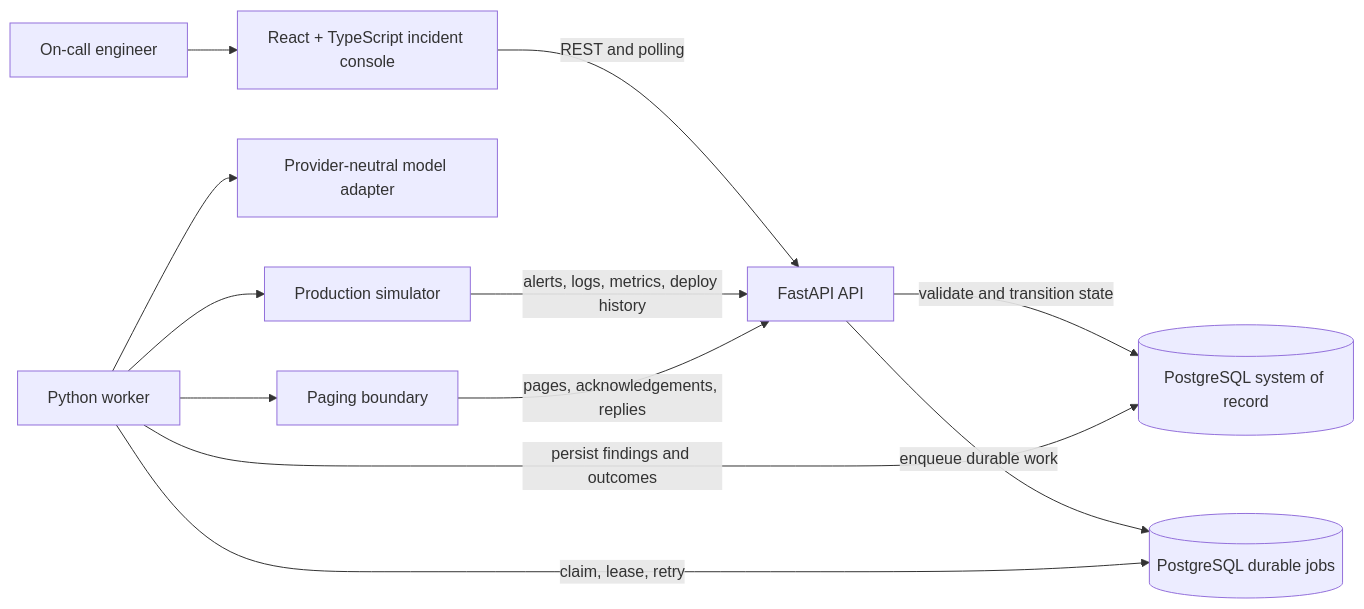
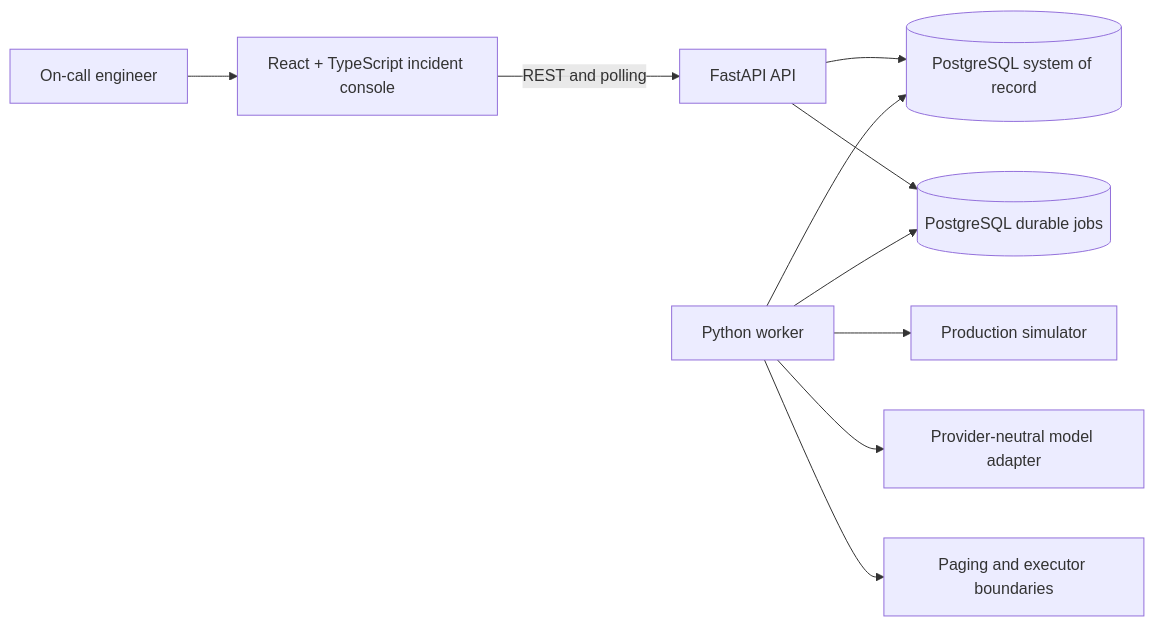
The diagram in _plan_docs/_hld_docs/00-system-architecture.md (safayavatsal/hero-vired-assignment), drawn with Mermaid before and after one commit. The commit also changed other lines of this file and 45 other files, not shown here.

````diff
--- a/_plan_docs/_hld_docs/00-system-architecture.md
+++ b/_plan_docs/_hld_docs/00-system-architecture.md
@@ -7,24 +7,12 @@
 ```mermaid
 flowchart LR
-    Responder[On-call engineer]
-    UI[React + TypeScript incident console]
-    API[FastAPI API]
-    Jobs[(PostgreSQL durable jobs)]
-    Worker[Python worker]
-    Store[(PostgreSQL system of record)]
-    Model[Provider-neutral model adapter]
-    Simulator[Production simulator]
-    Pager[Paging boundary]
-
-    Responder --> UI
-    UI -->|REST and polling| API
-    API -->|validate and transition state| Store
-    API -->|enqueue durable work| Jobs
-    Worker -->|claim, lease, retry| Jobs
-    Worker -->|persist findings and outcomes| Store
-    Worker --> Simulator
-    Worker --> Model
-    Worker --> Pager
-    Simulator -->|alerts, logs, metrics, deploy history| API
-    Pager -->|pages, acknowledgements, replies| API
+    Responder[On-call engineer] --> UI[React + TypeScript incident console]
+    UI -->|REST and polling| API[FastAPI API]
+    API --> Store[(PostgreSQL system of record)]
+    API --> Jobs[(PostgreSQL durable jobs)]
+    Worker[Python worker] --> Jobs
+    Worker --> Store
+    Worker --> Simulator[Production simulator]
+    Worker --> Model[Provider-neutral model adapter]
+    Worker --> Pager[Paging and executor boundaries]
 ```
````
